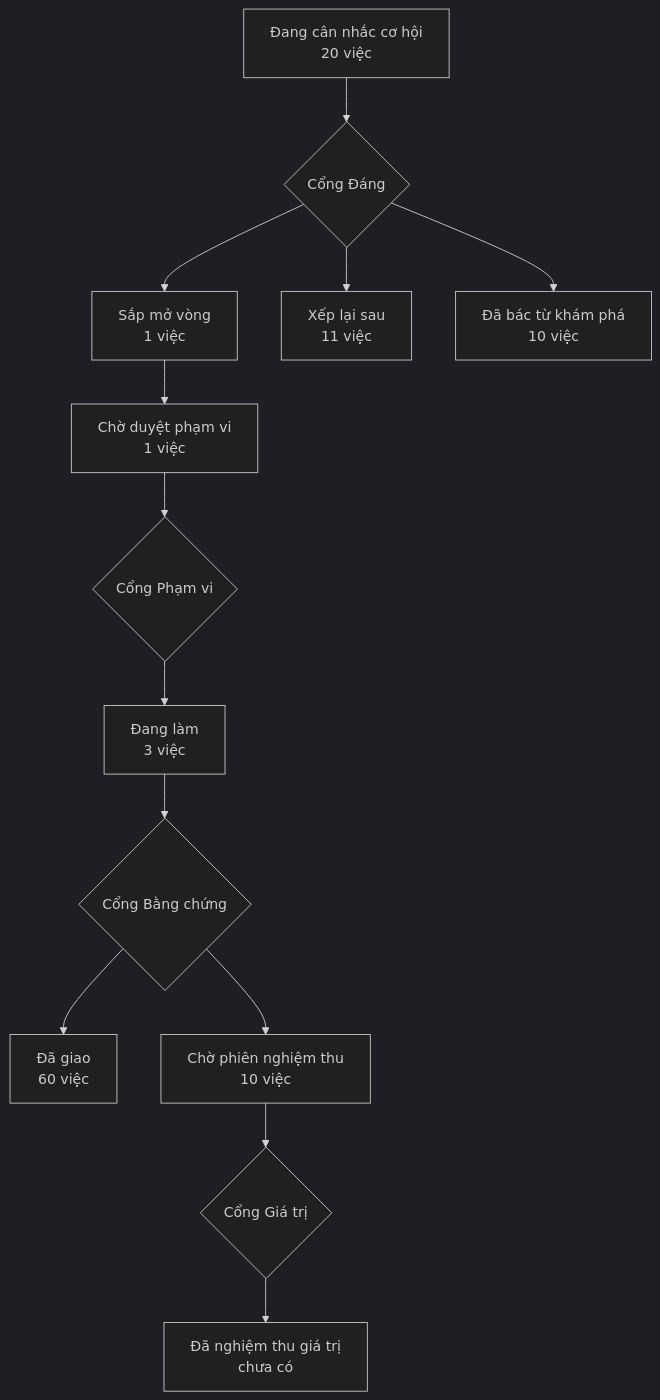
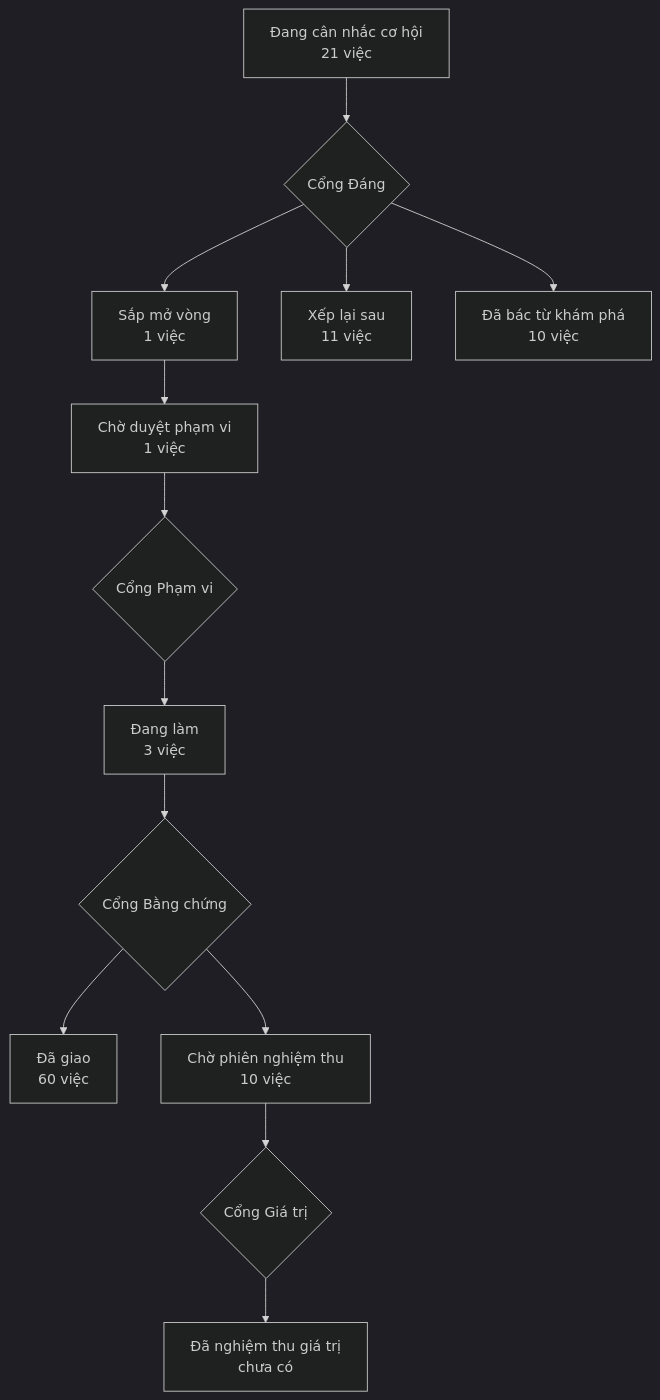
One commit to phanlemanh/acceptance-gate-kit changed the diagram in PRODUCT-MAP.md. Above: the diagram before and after it, drawn with Mermaid (dark theme). The commit also changed other lines of this file and 2 other files, not shown here.

Commit message:
docs(findings)+ô: truy nguyên phiên «Sửa lỗi tiếng viêt» — thước không có cửa; mở ô thuoc-co-cua ở discovery
Phiên 16/09 ở crm-onehub chấm lại một vật đã ở prod từ 04/09: 8 h 25, vật +20/−11,
thước +701/−105, 9 chỗ hỏng thước / 1 vật, 9 lượt gọi người. Thẻ start đọc
`approved` thành «viết code» vì kit không có trạng thái xếp lại cho vòng; sửa thước
không có cửa (không sổ riêng, không đếm, không trần) nên mặc áo hợp đồng vật.
Số brownfield đã đính chính theo luật đếm chặt (media-library 8/23) — tường tương
quan với máy trạng thái của app, không với xuất xứ repo.

Owner chốt R 16/09 (0 vòng meta 2.14→2.15) nên không mở vòng: ô vào hàng với điều
kiện có số từ R1; bốn chip đi riêng (start-scan vá-trong-mốc · ve-that.json ở crm ·
R1 OneFlow thử tay · nhân chứng độc lập). Bản đồ sản phẩm vẽ lại; suite plugins +
scripts xanh; pre-merge clean.

````diff
--- a/PRODUCT-MAP.md
+++ b/PRODUCT-MAP.md
@@ -6,12 +6,12 @@
 ```mermaid
 flowchart TD
-  A["Đang cân nhắc cơ hội<br/>20 việc"] --> GD{"Cổng Đáng"}
+  A["Đang cân nhắc cơ hội<br/>21 việc"] --> GD{"Cổng Đáng"}
   GD --> B["Sắp mở vòng<br/>1 việc"]
   GD --> XL["Xếp lại sau<br/>11 việc"]
   GD --> DB["Đã bác từ khám phá<br/>10 việc"]
   B --> CD["Chờ duyệt phạm vi<br/>1 việc"] --> GP{"Cổng Phạm vi"}
   GP --> DL["Đang làm<br/>3 việc"] --> GB{"Cổng Bằng chứng"}
   GB --> DG["Đã giao<br/>60 việc"]
   GB --> CN["Chờ phiên nghiệm thu<br/>10 việc"] --> GG{"Cổng Giá trị"}
   GG --> NT["Đã nghiệm thu giá trị<br/>chưa có"]
 ```
````
